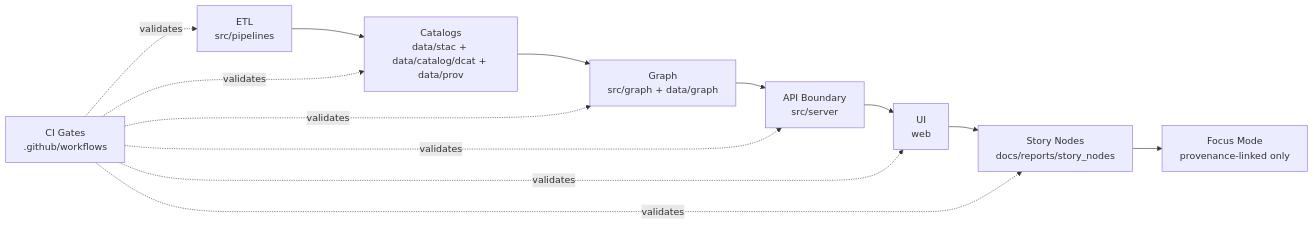
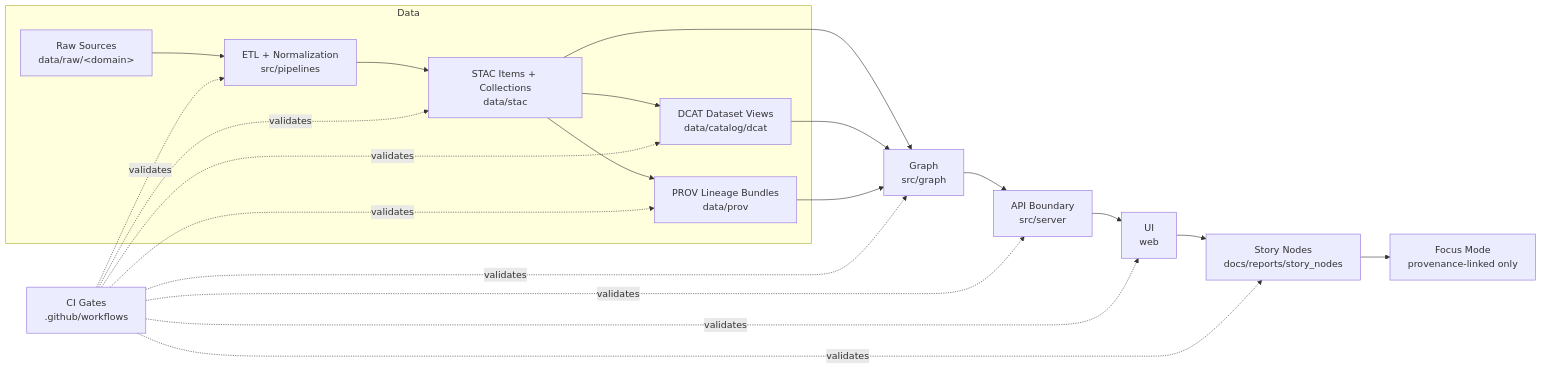
One commit to bartytime4life/Kansas-Frontier-Matrix changed the first of 2 diagrams in .github/workflows/README.md. Above: the diagram before and after it, drawn with Mermaid. The commit also changed other lines of this file, not shown here.

First line of the commit message:
Update workflows README for versioning and clarity

```diff
--- a/.github/workflows/README.md
+++ b/.github/workflows/README.md
@@ -195,16 +212,27 @@
 ~~~mermaid
 flowchart LR
-  A[ETL<br/>src/pipelines] --> B[Catalogs<br/>data/stac + data/catalog/dcat + data/prov]
-  B --> C[Graph<br/>src/graph + data/graph]
-  C --> D[API Boundary<br/>src/server]
-  D --> E[UI<br/>web]
-  E --> F[Story Nodes<br/>docs/reports/story_nodes]
-  F --> G[Focus Mode<br/>provenance-linked only]
+  subgraph Data
+    A[Raw Sources<br/>data/raw/&lt;domain&gt;] --> B[ETL + Normalization<br/>src/pipelines]
+    B --> C[STAC Items + Collections<br/>data/stac]
+    C --> D[DCAT Dataset Views<br/>data/catalog/dcat]
+    C --> E[PROV Lineage Bundles<br/>data/prov]
+  end
 
-  CI[CI Gates<br/>.github/workflows] -. validates .-> A
-  CI -. validates .-> B
+  C --> G[Graph<br/>src/graph]
+  D --> G
+  E --> G
+
+  G --> H[API Boundary<br/>src/server]
+  H --> I[UI<br/>web]
+  I --> J[Story Nodes<br/>docs/reports/story_nodes]
+  J --> K[Focus Mode<br/>provenance-linked only]
+
+  CI[CI Gates<br/>.github/workflows] -. validates .-> B
   CI -. validates .-> C
   CI -. validates .-> D
   CI -. validates .-> E
-  CI -. validates .-> F
+  CI -. validates .-> G
+  CI -. validates .-> H
+  CI -. validates .-> I
+  CI -. validates .-> J
 ~~~
```
